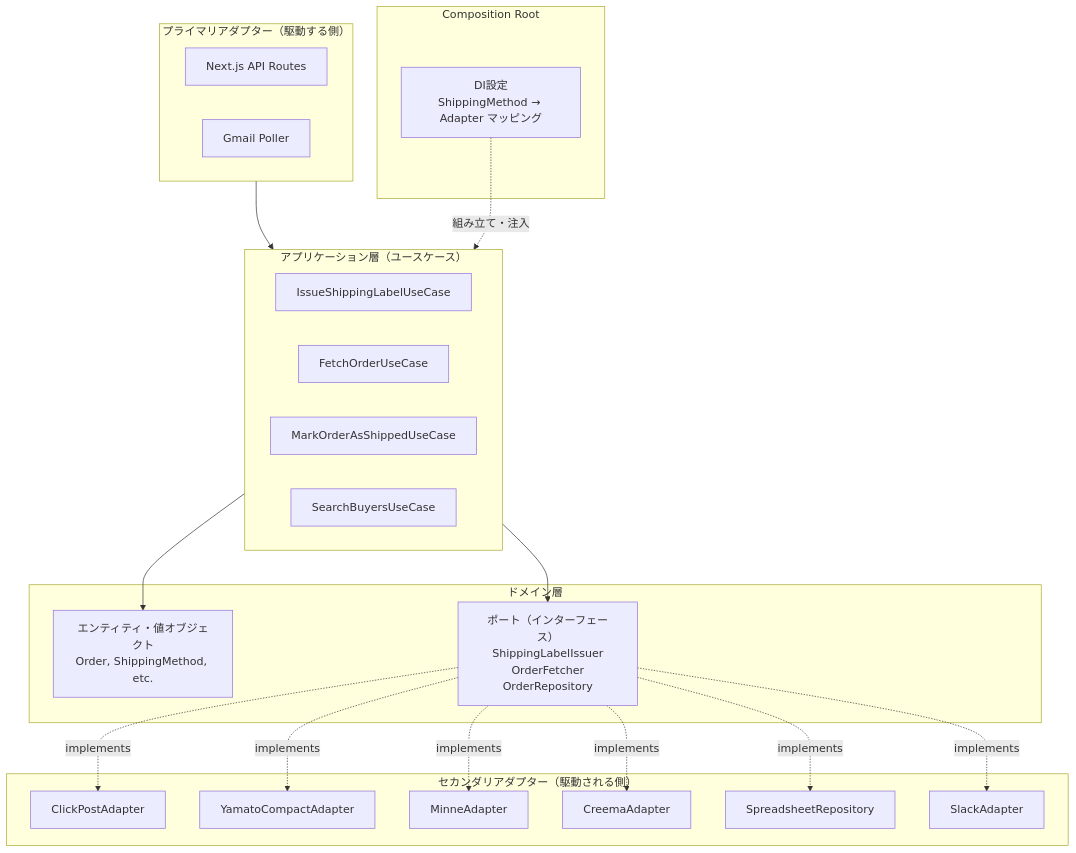
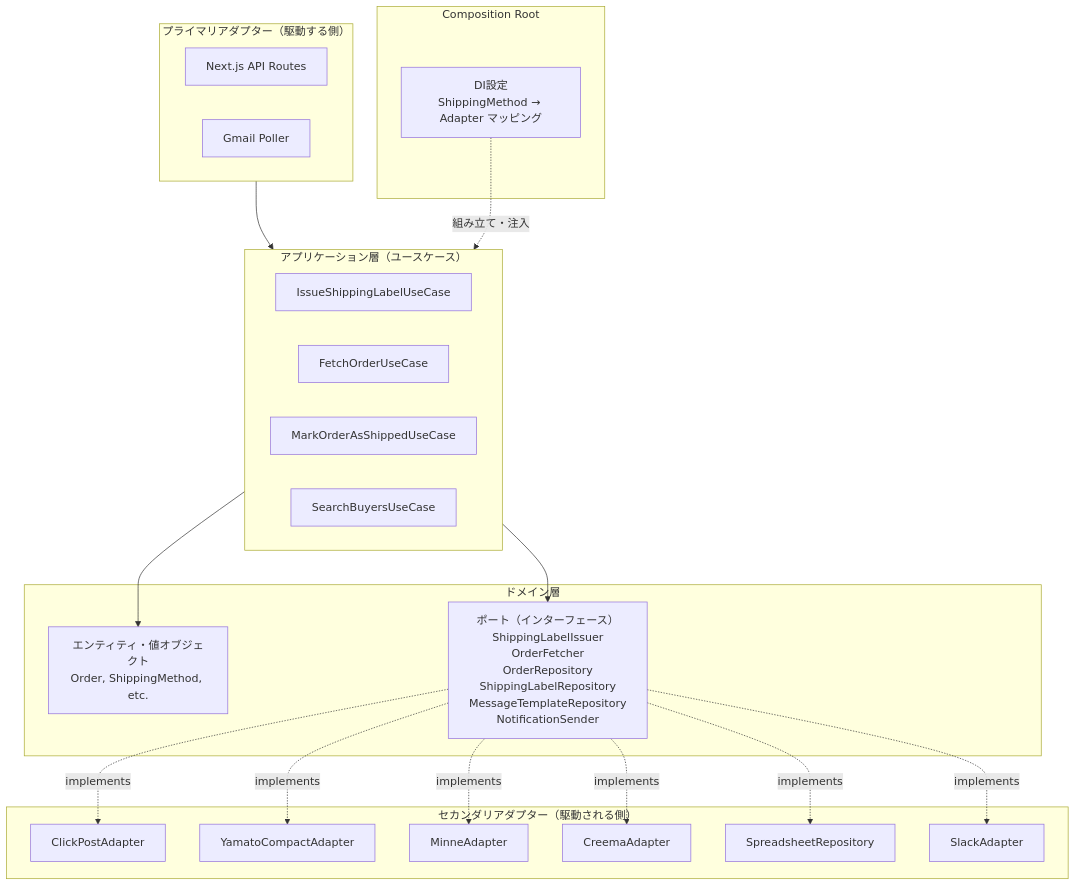
Before and after one commit to toru0514/handmade-shipping-manager: the second of 4 diagrams in docs/architecture/README.md, drawn with Mermaid. The commit also changed 8 other files, not shown here.

````diff
--- a/docs/architecture/README.md
+++ b/docs/architecture/README.md
@@ -42,43 +42,43 @@
 ```mermaid
 flowchart TB
     subgraph PrimaryAdapters["プライマリアダプター（駆動する側）"]
         NextJS["Next.js API Routes"]
         GmailPoller["Gmail Poller"]
     end
 
     subgraph Application["アプリケーション層（ユースケース）"]
         IssueLabel["IssueShippingLabelUseCase"]
         FetchOrder["FetchOrderUseCase"]
         MarkShipped["MarkOrderAsShippedUseCase"]
         SearchBuyers["SearchBuyersUseCase"]
     end
 
     subgraph Domain["ドメイン層"]
         Entities["エンティティ・値オブジェクト<br/>Order, ShippingMethod, etc."]
-        Ports["ポート（インターフェース）<br/>ShippingLabelIssuer<br/>OrderFetcher<br/>OrderRepository"]
+        Ports["ポート（インターフェース）<br/>ShippingLabelIssuer<br/>OrderFetcher<br/>OrderRepository<br/>ShippingLabelRepository<br/>MessageTemplateRepository<br/>NotificationSender"]
     end
 
     subgraph SecondaryAdapters["セカンダリアダプター（駆動される側）"]
         ClickPostAdapter["ClickPostAdapter"]
         YamatoAdapter["YamatoCompactAdapter"]
         MinneAdapter["MinneAdapter"]
         CreemaAdapter["CreemaAdapter"]
         SpreadsheetRepo["SpreadsheetRepository"]
         SlackAdapter["SlackAdapter"]
     end
 
     subgraph CompositionRoot["Composition Root"]
         DI["DI設定<br/>ShippingMethod → Adapter マッピング"]
     end
 
     PrimaryAdapters --> Application
     Application --> Entities
     Application --> Ports
     Ports -.->|implements| ClickPostAdapter
     Ports -.->|implements| YamatoAdapter
     Ports -.->|implements| MinneAdapter
     Ports -.->|implements| CreemaAdapter
     Ports -.->|implements| SpreadsheetRepo
     Ports -.->|implements| SlackAdapter
     DI -.->|組み立て・注入| Application
 ```
````
